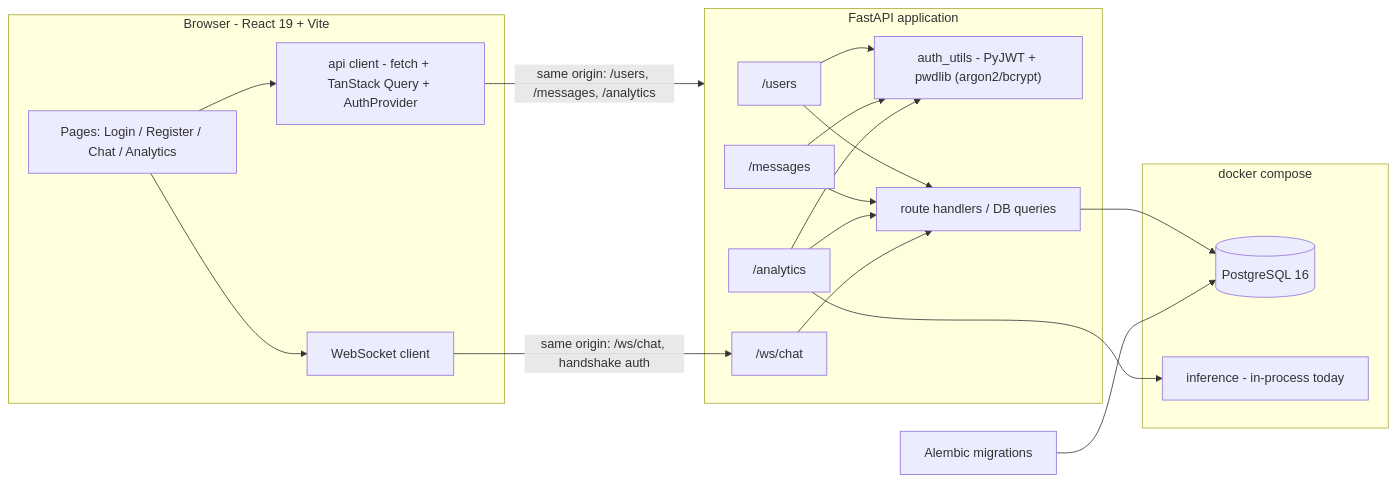
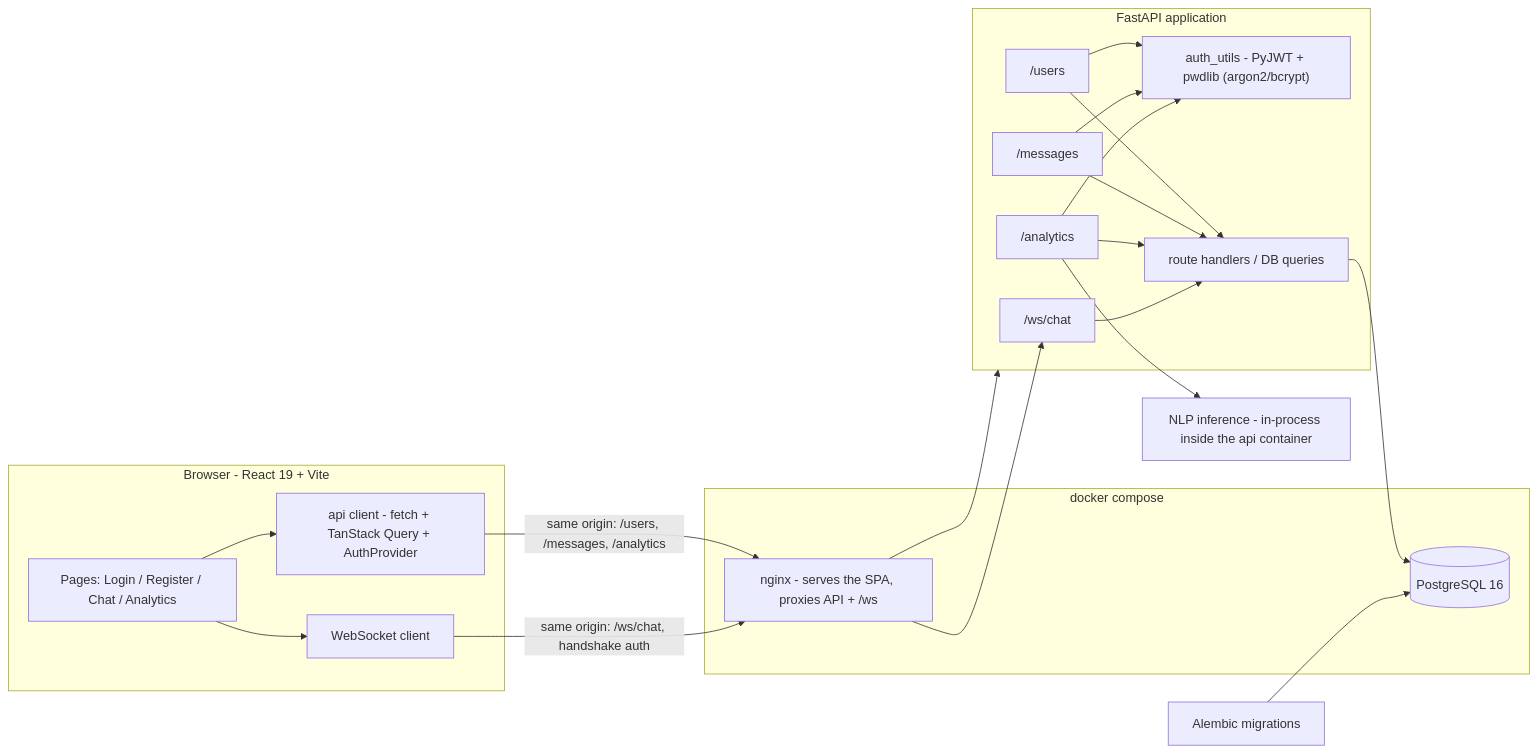
One commit to zoyaumar/Chat-Analyzer-AI changed the diagram in README.md. Above: the diagram before and after it, drawn with Mermaid. The commit also changed other lines of this file and 4 other files, not shown here.

````diff
--- a/README.md
+++ b/README.md
@@ -98,39 +98,42 @@
 ```mermaid
 flowchart LR
     subgraph Browser["Browser - React 19 + Vite"]
         UI["Pages: Login / Register / Chat / Analytics"]
         CL["api client - fetch + TanStack Query + AuthProvider"]
         WSC["WebSocket client"]
     end
 
     subgraph API["FastAPI application"]
         R_USERS["/users"]
         R_MSG["/messages"]
         R_ANA["/analytics"]
         R_WS["/ws/chat"]
         AUTH["auth_utils - PyJWT + pwdlib (argon2/bcrypt)"]
         ROUTES["route handlers / DB queries"]
     end
 
     subgraph Compose["docker compose"]
         DB[("PostgreSQL 16")]
-        INF["inference - in-process today"]
+        WEB["nginx - serves the SPA, proxies API + /ws"]
     end
 
     ALEMBIC["Alembic migrations"]
+    INF["NLP inference - in-process inside the api container"]
 
     UI --> CL
     UI --> WSC
-    CL -- "same origin: /users, /messages, /analytics" --> API
-    WSC -- "same origin: /ws/chat, handshake auth" --> R_WS
+    CL -- "same origin: /users, /messages, /analytics" --> WEB
+    WSC -- "same origin: /ws/chat, handshake auth" --> WEB
+    WEB --> API
+    WEB --> R_WS
     R_USERS --> AUTH
     R_MSG --> AUTH
     R_ANA --> AUTH
     R_USERS --> ROUTES
     R_MSG --> ROUTES
     R_ANA --> ROUTES
     ROUTES --> DB
     R_WS --> ROUTES
     R_ANA --> INF
     ALEMBIC --> DB
 ```
````
